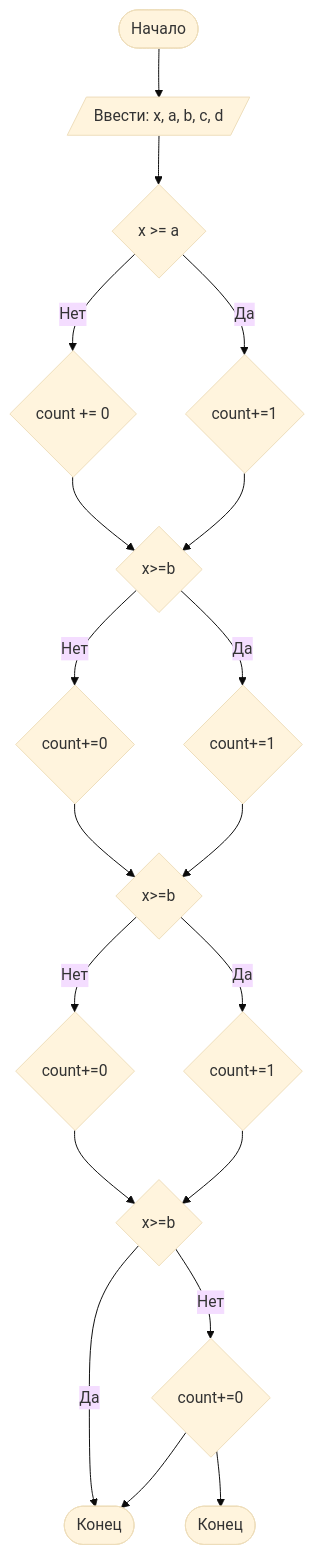
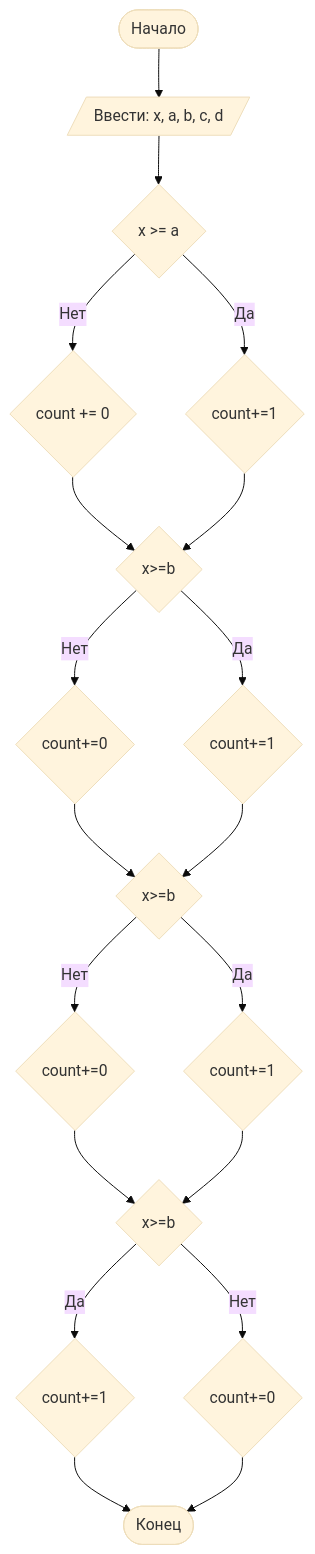
One commit to 09mikg09-svg/mishanya changed the diagram in pm2601.md. Above: the diagram before and after it, drawn with Mermaid (base theme).

````diff
--- a/pm2601.md
+++ b/pm2601.md
@@ -90,22 +90,22 @@
 ```mermaid
 graph TD
     A([Начало]) --> B[/Ввести: x, a, b, c, d/]
     B --> C{x >= a}
     C -- Нет-->S{count += 0}
     C -- Да -->W{count+=1}
     S --> F{x>=b}
     W --> F{x>=b}
     F -- Нет -->D{count+=0}
     F -- Да --> E{count+=1}
     D --> G{x>=c}
     E --> G{x>=b}
     G -- Нет -->I{count+=0}
     G -- Да --> J{count+=1}
     I --> H{x>=d}
     J --> H{x>=b}
     H -- Нет -->K{count+=0}
     H -- Да --> L{count+=1}
-    K --> L([Конец])
+    L --> Z([Конец])
     K --> Z([Конец])
 
 ```
````
